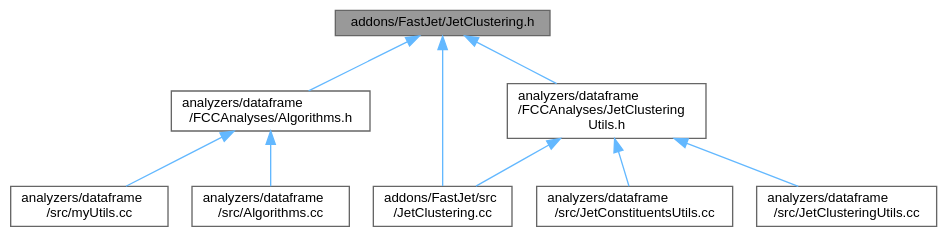
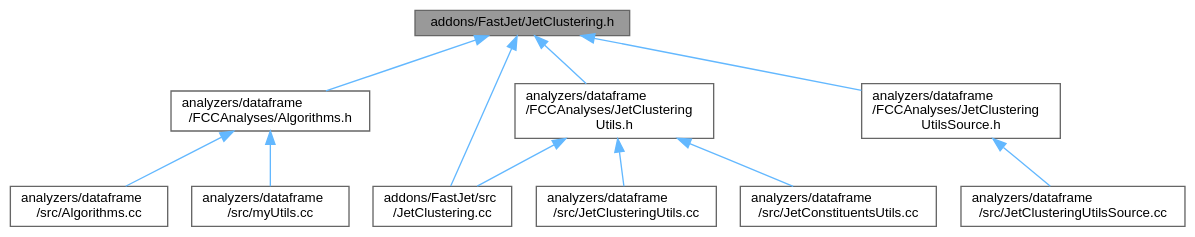
One commit to FCC-LLP/FCCAnalyses changed the diagram in doc/latest/JetClustering_8h__dep__incl.dot. Above: the diagram before and after it, drawn with Graphviz. The commit also changed 58 other files, not shown here.

```diff
--- a/doc/latest/JetClustering_8h__dep__incl.dot
+++ b/doc/latest/JetClustering_8h__dep__incl.dot
@@ -1,23 +1,27 @@
 digraph "addons/FastJet/JetClustering.h"
 {
  // LATEX_PDF_SIZE
   bgcolor="transparent";
   edge [fontname=Helvetica,fontsize=10,labelfontname=Helvetica,labelfontsize=10];
   node [fontname=Helvetica,fontsize=10,shape=box,height=0.2,width=0.4];
   Node1 [id="Node000001",label="addons/FastJet/JetClustering.h",height=0.2,width=0.4,color="gray40", fillcolor="grey60", style="filled", fontcolor="black",tooltip=" "];
   Node1 -> Node2 [id="edge1_Node000001_Node000002",dir="back",color="steelblue1",style="solid",tooltip=" "];
   Node2 [id="Node000002",label="addons/FastJet/src\l/JetClustering.cc",height=0.2,width=0.4,color="grey40", fillcolor="white", style="filled",URL="$JetClustering_8cc.html",tooltip=" "];
   Node1 -> Node3 [id="edge2_Node000001_Node000003",dir="back",color="steelblue1",style="solid",tooltip=" "];
   Node3 [id="Node000003",label="analyzers/dataframe\l/FCCAnalyses/Algorithms.h",height=0.2,width=0.4,color="grey40", fillcolor="white", style="filled",URL="$Algorithms_8h.html",tooltip=" "];
   Node3 -> Node4 [id="edge3_Node000003_Node000004",dir="back",color="steelblue1",style="solid",tooltip=" "];
   Node4 [id="Node000004",label="analyzers/dataframe\l/src/Algorithms.cc",height=0.2,width=0.4,color="grey40", fillcolor="white", style="filled",URL="$Algorithms_8cc.html",tooltip=" "];
   Node3 -> Node5 [id="edge4_Node000003_Node000005",dir="back",color="steelblue1",style="solid",tooltip=" "];
   Node5 [id="Node000005",label="analyzers/dataframe\l/src/myUtils.cc",height=0.2,width=0.4,color="grey40", fillcolor="white", style="filled",URL="$myUtils_8cc.html",tooltip=" "];
   Node1 -> Node6 [id="edge5_Node000001_Node000006",dir="back",color="steelblue1",style="solid",tooltip=" "];
   Node6 [id="Node000006",label="analyzers/dataframe\l/FCCAnalyses/JetClustering\lUtils.h",height=0.2,width=0.4,color="grey40", fillcolor="white", style="filled",URL="$JetClusteringUtils_8h.html",tooltip=" "];
   Node6 -> Node2 [id="edge6_Node000006_Node000002",dir="back",color="steelblue1",style="solid",tooltip=" "];
   Node6 -> Node7 [id="edge7_Node000006_Node000007",dir="back",color="steelblue1",style="solid",tooltip=" "];
   Node7 [id="Node000007",label="analyzers/dataframe\l/src/JetClusteringUtils.cc",height=0.2,width=0.4,color="grey40", fillcolor="white", style="filled",URL="$JetClusteringUtils_8cc.html",tooltip=" "];
   Node6 -> Node8 [id="edge8_Node000006_Node000008",dir="back",color="steelblue1",style="solid",tooltip=" "];
   Node8 [id="Node000008",label="analyzers/dataframe\l/src/JetConstituentsUtils.cc",height=0.2,width=0.4,color="grey40", fillcolor="white", style="filled",URL="$JetConstituentsUtils_8cc.html",tooltip=" "];
+  Node1 -> Node9 [id="edge9_Node000001_Node000009",dir="back",color="steelblue1",style="solid",tooltip=" "];
+  Node9 [id="Node000009",label="analyzers/dataframe\l/FCCAnalyses/JetClustering\lUtilsSource.h",height=0.2,width=0.4,color="grey40", fillcolor="white", style="filled",URL="$JetClusteringUtilsSource_8h.html",tooltip=" "];
+  Node9 -> Node10 [id="edge10_Node000009_Node000010",dir="back",color="steelblue1",style="solid",tooltip=" "];
+  Node10 [id="Node000010",label="analyzers/dataframe\l/src/JetClusteringUtilsSource.cc",height=0.2,width=0.4,color="grey40", fillcolor="white", style="filled",URL="$JetClusteringUtilsSource_8cc.html",tooltip=" "];
 }
```
